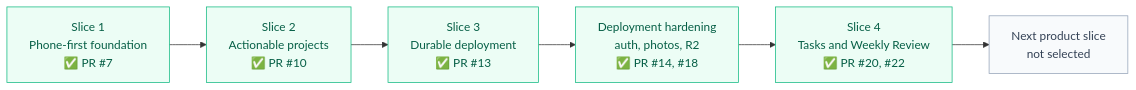
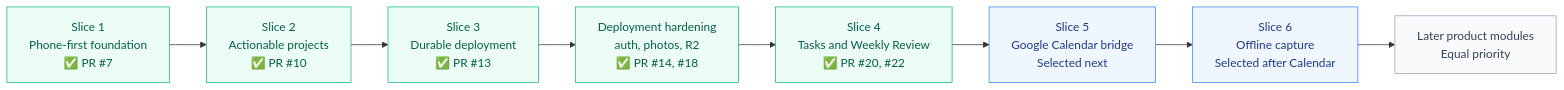
The diagram in docs/roadmap.md (teravyte18/personal-control-center), drawn with Mermaid before and after one commit. The commit also changed other lines of this file, not shown here.

Commit message:
Set Calendar and offline capture roadmap order

````diff
--- a/docs/roadmap.md
+++ b/docs/roadmap.md
@@ -7,16 +7,20 @@
 ```mermaid
 graph LR
     S1["Slice 1<br/>Phone-first foundation<br/>✅ PR #7"]
     S2["Slice 2<br/>Actionable projects<br/>✅ PR #10"]
     S3["Slice 3<br/>Durable deployment<br/>✅ PR #13"]
     HARDEN["Deployment hardening<br/>auth, photos, R2<br/>✅ PR #14, #18"]
     S4["Slice 4<br/>Tasks and Weekly Review<br/>✅ PR #20, #22"]
-    NEXT["Next product slice<br/>not selected"]
+    S5["Slice 5<br/>Google Calendar bridge<br/>Selected next"]
+    S6["Slice 6<br/>Offline capture<br/>Selected after Calendar"]
+    POOL["Later product modules<br/>Equal priority"]
 
-    S1 --> S2 --> S3 --> HARDEN --> S4 --> NEXT
+    S1 --> S2 --> S3 --> HARDEN --> S4 --> S5 --> S6 --> POOL
 
     classDef done fill:#ecfdf5,stroke:#10b981,color:#065f46;
+    classDef selected fill:#eff6ff,stroke:#3b82f6,color:#1e3a8a;
     classDef pending fill:#f8fafc,stroke:#94a3b8,color:#334155;
     class S1,S2,S3,HARDEN,S4 done;
-    class NEXT pending;
+    class S5,S6 selected;
+    class POOL pending;
 ```
````
